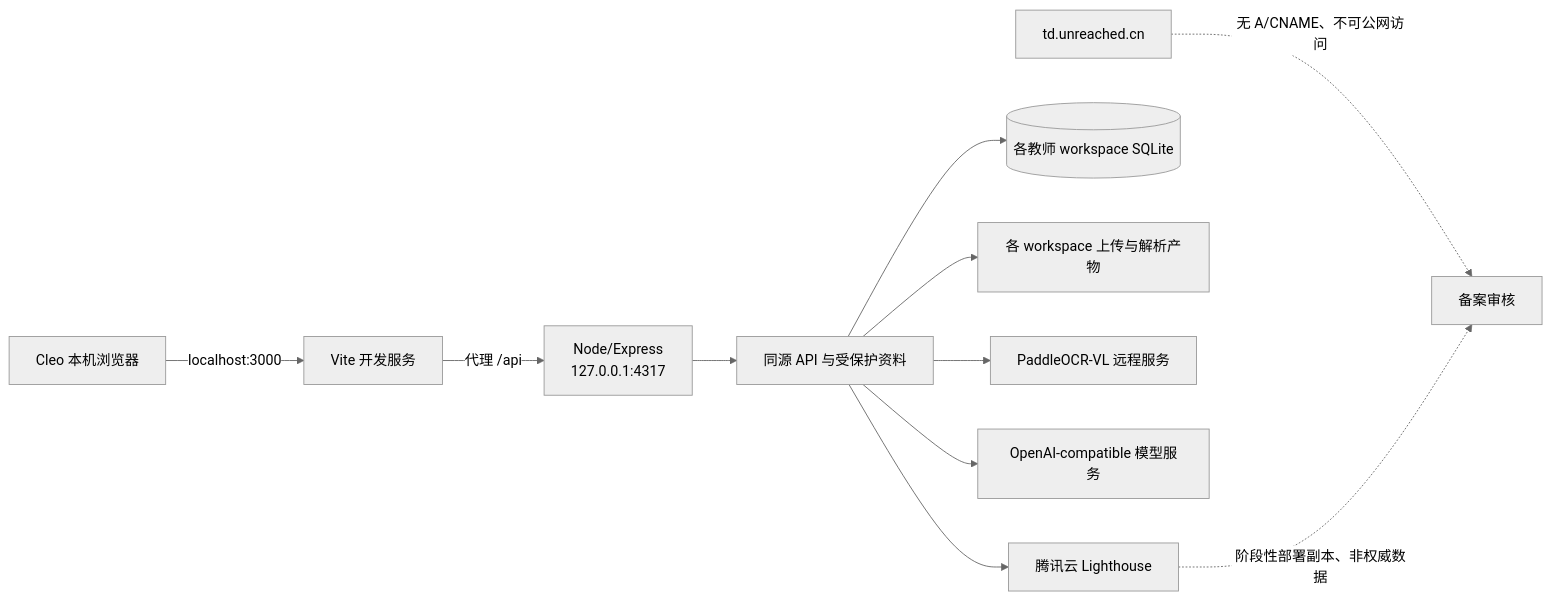
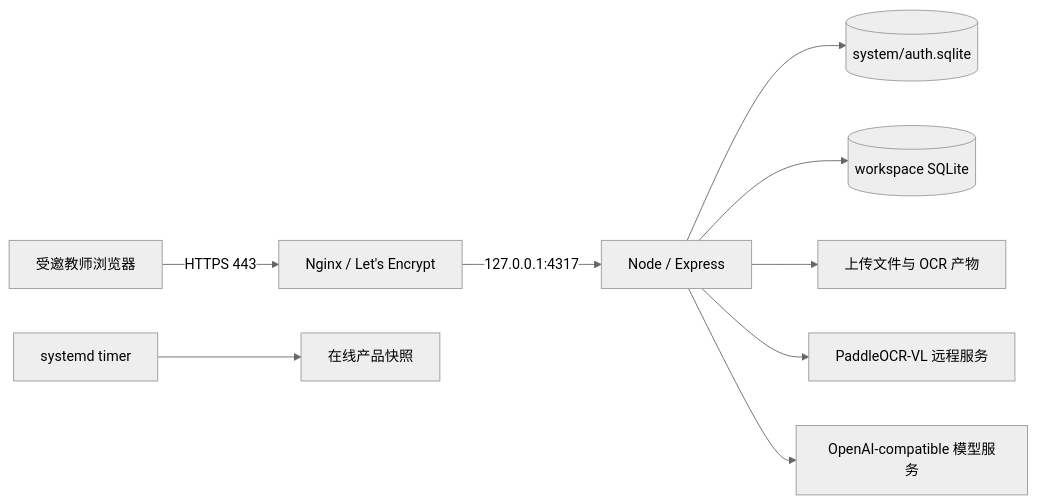
Before and after one commit to CXC0515/demo: the diagram in docs/PROJECT_HANDOFF.md, drawn with Mermaid (neutral theme). The commit also changed other lines of this file and 11 other files, not shown here.

````diff
--- a/docs/PROJECT_HANDOFF.md
+++ b/docs/PROJECT_HANDOFF.md
@@ -29,13 +20,11 @@
 ```mermaid
 flowchart LR
-    U[Cleo 本机浏览器] -->|localhost:3000| V[Vite 开发服务]
-    V -->|代理 /api| E[Node/Express<br/>127.0.0.1:4317]
-    E --> A[同源 API 与受保护资料]
-    A --> S[(system/auth.sqlite)]
-    A --> W[(各教师 workspace SQLite)]
-    A --> F[各 workspace 上传与解析产物]
-    A --> P[PaddleOCR-VL 远程服务]
-    A --> M[OpenAI-compatible 模型服务]
-    D[td.unreached.cn] -.无 A/CNAME、不可公网访问.-> O[备案审核]
-    S[腾讯云 Lighthouse] -.阶段性部署副本、非权威数据.-> O
+    U[受邀教师浏览器] -->|HTTPS 443| N[Nginx / Let's Encrypt]
+    N -->|127.0.0.1:4317| E[Node / Express]
+    E --> S[(system/auth.sqlite)]
+    E --> W[(workspace SQLite)]
+    E --> F[上传文件与 OCR 产物]
+    E --> P[PaddleOCR-VL 远程服务]
+    E --> M[OpenAI-compatible 模型服务]
+    T[systemd timer] --> B[在线产品快照]
 ```
````
